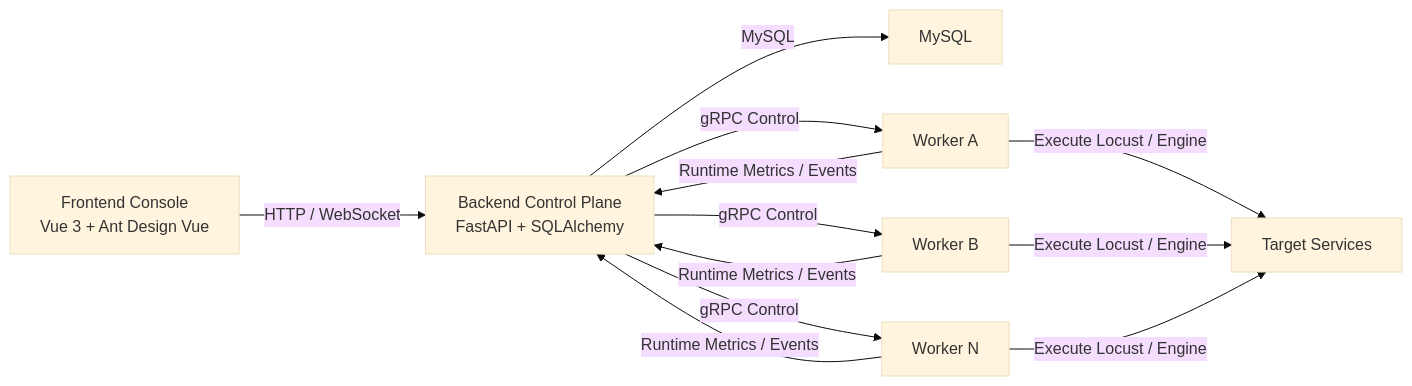
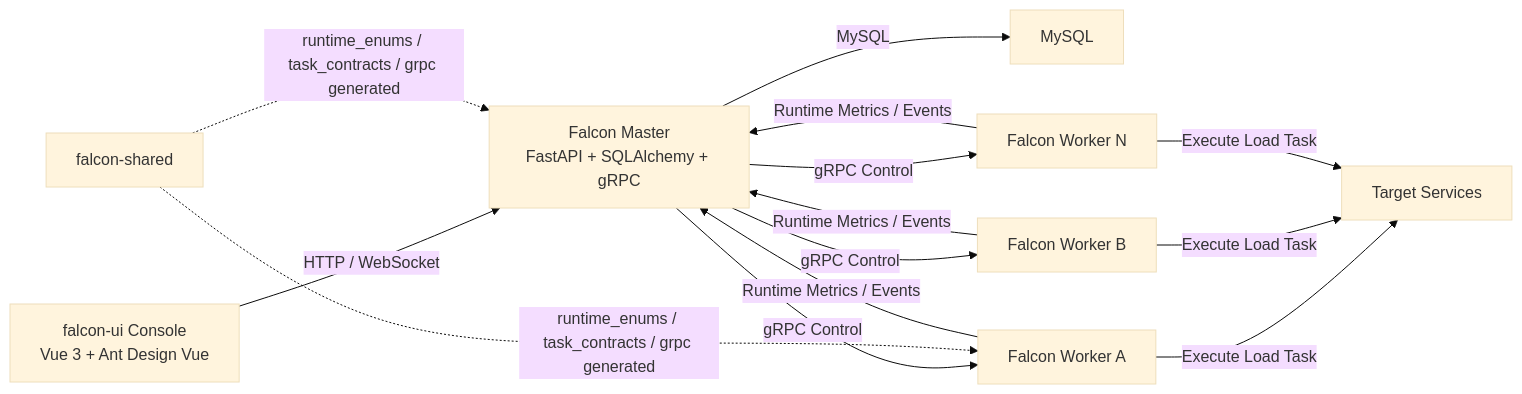
Before and after one commit to JiChaoSong/Falcon: the first of 3 diagrams in README.md, drawn with Mermaid (base theme). The commit also changed other lines of this file and 283 other files, not shown here.

````diff
--- a/README.md
+++ b/README.md
@@ -105,14 +90,16 @@
 ```mermaid
 flowchart LR
-  FE["Frontend Console\nVue 3 + Ant Design Vue"] -->|"HTTP / WebSocket"| BE["Backend Control Plane\nFastAPI + SQLAlchemy"]
+  FE["falcon-ui Console\nVue 3 + Ant Design Vue"] -->|"HTTP / WebSocket"| BE["Falcon Master\nFastAPI + SQLAlchemy + gRPC"]
   BE -->|"MySQL"| DB["MySQL"]
-  BE -->|"gRPC Control"| W1["Worker A"]
-  BE -->|"gRPC Control"| W2["Worker B"]
-  BE -->|"gRPC Control"| WN["Worker N"]
-  W1 -->|"Runtime Metrics / Events"| BE
-  W2 -->|"Runtime Metrics / Events"| BE
-  WN -->|"Runtime Metrics / Events"| BE
-  W1 -->|"Execute Locust / Engine"| T["Target Services"]
-  W2 -->|"Execute Locust / Engine"| T
-  WN -->|"Execute Locust / Engine"| T
+  BE -->|"gRPC Control"| WK1["Falcon Worker A"]
+  BE -->|"gRPC Control"| WK2["Falcon Worker B"]
+  BE -->|"gRPC Control"| WKN["Falcon Worker N"]
+  WK1 -->|"Runtime Metrics / Events"| BE
+  WK2 -->|"Runtime Metrics / Events"| BE
+  WKN -->|"Runtime Metrics / Events"| BE
+  WK1 -->|"Execute Load Task"| TS["Target Services"]
+  WK2 -->|"Execute Load Task"| TS
+  WKN -->|"Execute Load Task"| TS
+  SH["falcon-shared"] -. "runtime_enums / task_contracts / grpc generated" .-> BE
+  SH -. "runtime_enums / task_contracts / grpc generated" .-> WK1
 ```
````
